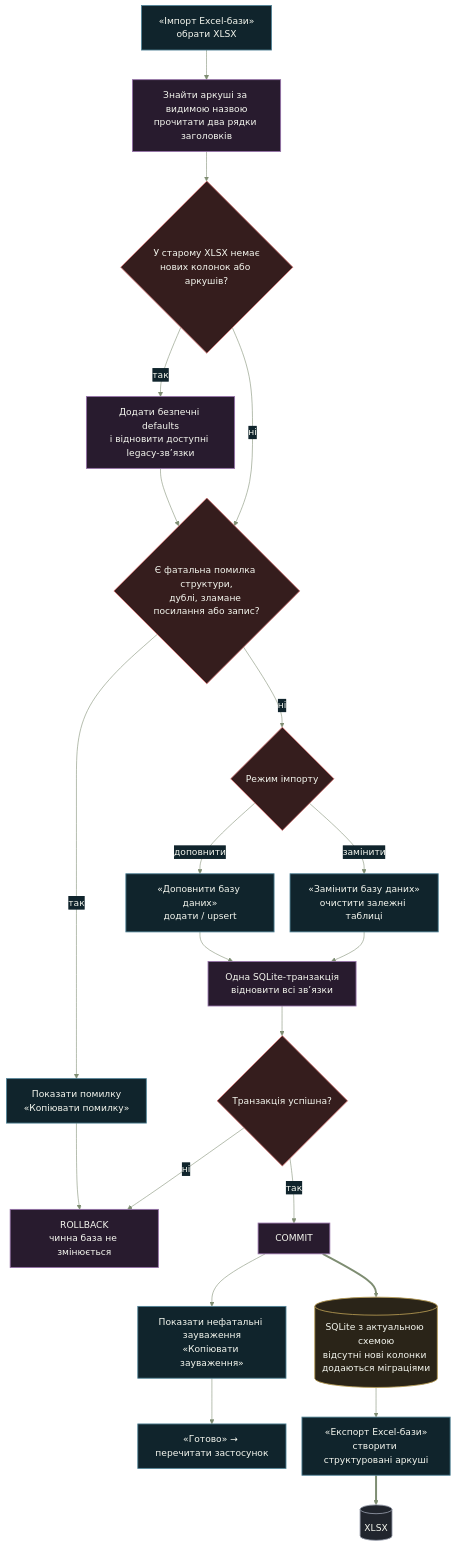
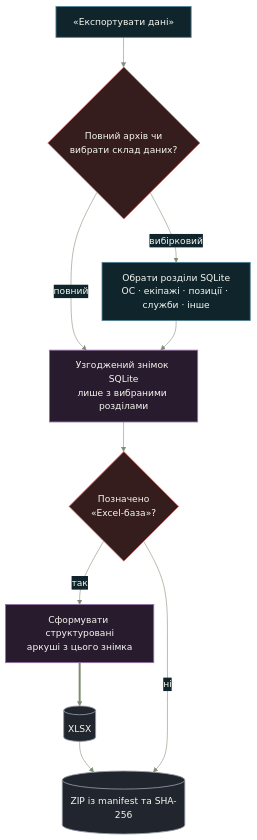
One commit to ArsLoDDD/report_generator changed diagram 15 of 21 in docs/architecture/PROJECT_FLOWCHARTS.md. Above: the diagram before and after it, drawn with Mermaid. The commit also changed other lines of this file and 63 other files, not shown here.

````diff
--- a/docs/architecture/PROJECT_FLOWCHARTS.md
+++ b/docs/architecture/PROJECT_FLOWCHARTS.md
@@ -1073,46 +1070,29 @@
 ```mermaid
 %%{init: {"theme":"base","themeVariables":{"primaryColor":"#1f2b1b","primaryTextColor":"#f5f7ef","primaryBorderColor":"#a8bd61","lineColor":"#7e8d72","secondaryColor":"#10242c","tertiaryColor":"#2a2418","clusterBkg":"#111711","clusterBorder":"#3e4d36","fontFamily":"Inter, Arial, sans-serif"},"flowchart":{"curve":"basis","nodeSpacing":28,"rankSpacing":52,"htmlLabels":true}}}%%
 flowchart TB
-  choose["«Імпорт Excel-бази»<br/>обрати XLSX"]
-  read["Знайти аркуші за видимою назвою<br/>прочитати два рядки заголовків"]
-  old{"У старому XLSX немає<br/>нових колонок або аркушів?"}
-  defaults["Додати безпечні defaults<br/>і відновити доступні legacy-зв’язки"]
-  fatal{"Є фатальна помилка структури,<br/>дублі, зламане посилання або запис?"}
-  mode{"Режим імпорту"}
-  append["«Доповнити базу даних»<br/>додати / upsert"]
-  replace["«Замінити базу даних»<br/>очистити залежні таблиці"]
-  transaction["Одна SQLite-транзакція<br/>відновити всі зв’язки"]
-  result{"Транзакція успішна?"}
-  rollback["ROLLBACK<br/>чинна база не змінюється"]
-  commit["COMMIT"]
-  warnings["Показати нефатальні зауваження<br/>«Копіювати зауваження»"]
-  error["Показати помилку<br/>«Копіювати помилку»"]
-  done["«Готово» → перечитати застосунок"]
-  db[("SQLite з актуальною схемою<br/>відсутні нові колонки додаються міграціями")]
-  export["«Експорт Excel-бази»<br/>створити структуровані аркуші"]
+  export["«Експортувати дані»"]
+  mode{"Повний архів чи<br/>вибрати склад даних?"}
+  sections["Обрати розділи SQLite<br/>ОС · екіпажі · позиції · служби · інше"]
+  excelChoice{"Позначено<br/>«Excel-база»?"}
+  snapshot["Узгоджений знімок SQLite<br/>лише з вибраними розділами"]
+  build["Сформувати структуровані<br/>аркуші з цього знімка"]
   xlsx[("XLSX")]
+  zip[("ZIP із manifest та SHA-256")]
 
-  choose --> read --> old
-  old -->|"так"| defaults --> fatal
-  old -->|"ні"| fatal
-  fatal -->|"так"| error --> rollback
-  fatal -->|"ні"| mode
-  mode -->|"доповнити"| append --> transaction
-  mode -->|"замінити"| replace --> transaction
-  transaction --> result
-  result -->|"ні"| rollback
-  result -->|"так"| commit ==> db
-  commit --> warnings --> done
-  db --> export ==> xlsx
+  export --> mode
+  mode -->|"повний"| snapshot
+  mode -->|"вибірковий"| sections --> snapshot
+  snapshot --> excelChoice
+  excelChoice -->|"так"| build ==> xlsx --> zip
+  excelChoice -->|"ні"| zip
 
-  class choose,append,replace,warnings,error,done,export action;
-  class read,defaults,transaction,commit,rollback auto;
-  class db data;
-  class xlsx file;
-  class old,fatal,mode,result warn;
+  class export,sections action;
+  class snapshot,build auto;
+  class xlsx,zip file;
+  class mode,excelChoice warn;
   classDef action fill:#10242c,stroke:#4f8296,color:#f5f7ef,stroke-width:1.5px;
   classDef data fill:#2a2418,stroke:#b59b53,color:#f5f7ef,stroke-width:1.5px;
   classDef auto fill:#281b2e,stroke:#9470a7,color:#f5f7ef,stroke-width:1.5px;
   classDef file fill:#21252d,stroke:#9298a6,color:#f5f7ef,stroke-width:1.5px;
   classDef warn fill:#351d1d,stroke:#cf7070,color:#f5f7ef,stroke-width:1.5px;
 ```
````
